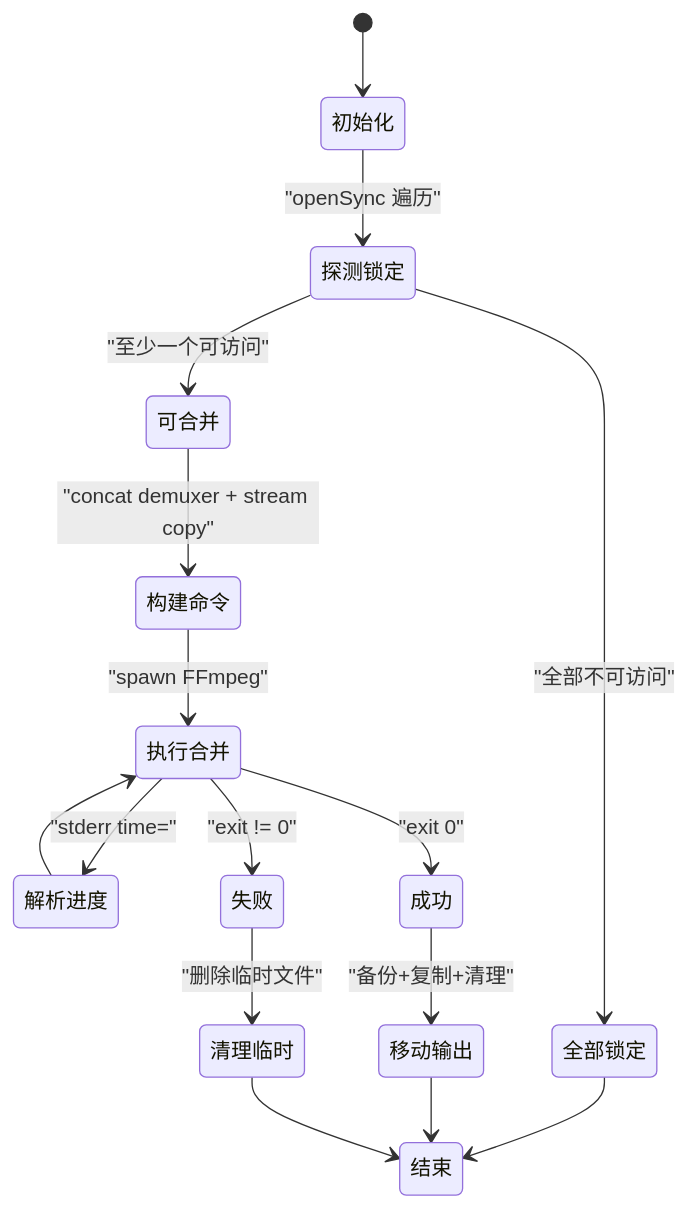
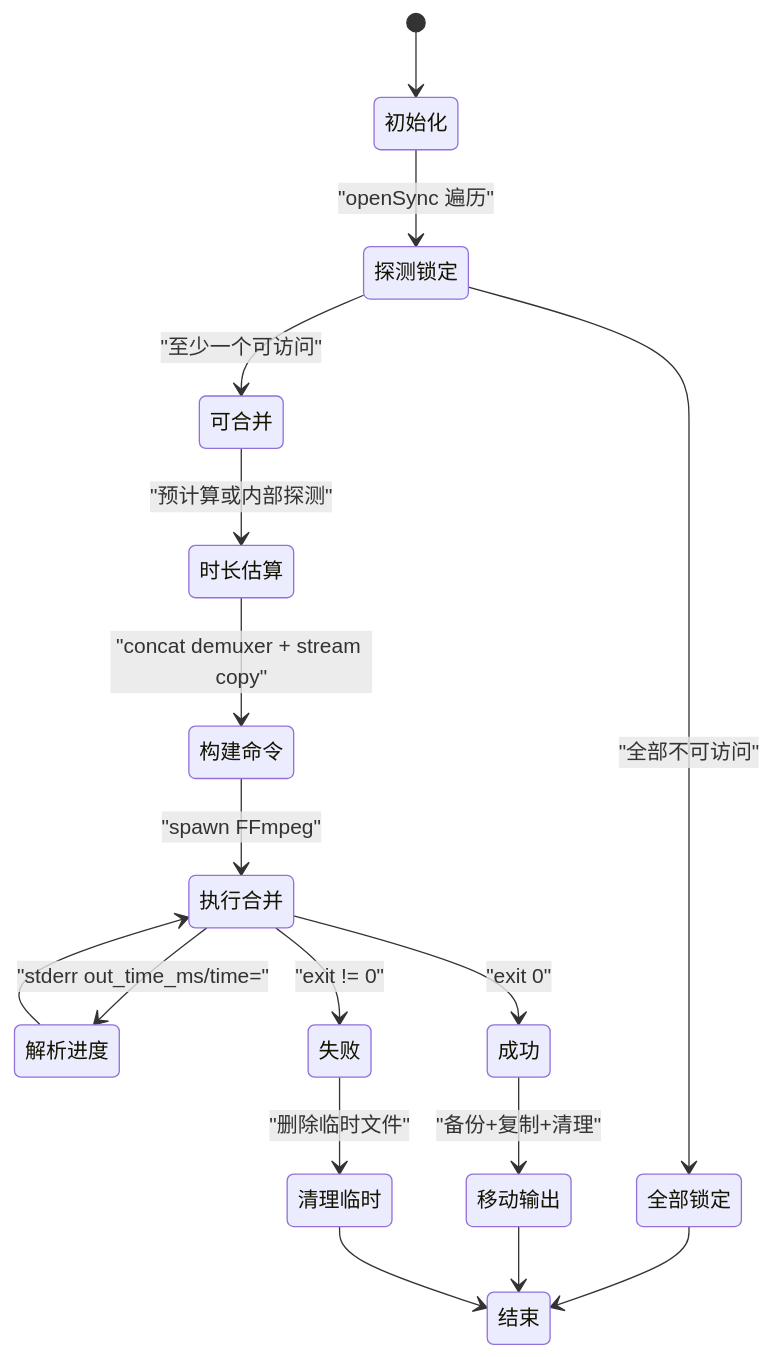
One commit to HoarfrostKimi/Video-Merger changed the sixth of 6 diagrams in .qoder/repowiki/zh/content/架构设计/FFmpeg集成架构/视频合并处理管道.md. Above: the diagram before and after it, drawn with Mermaid. The commit also changed other lines of this file and 43 other files, not shown here.

````diff
--- a/.qoder/repowiki/zh/content/架构设计/FFmpeg集成架构/视频合并处理管道.md
+++ b/.qoder/repowiki/zh/content/架构设计/FFmpeg集成架构/视频合并处理管道.md
@@ -277,18 +360,19 @@
 ```mermaid
 stateDiagram-v2
 [*] --> 初始化
 初始化 --> 探测锁定 : "openSync 遍历"
 探测锁定 --> 可合并 : "至少一个可访问"
 探测锁定 --> 全部锁定 : "全部不可访问"
 全部锁定 --> 结束
-可合并 --> 构建命令 : "concat demuxer + stream copy"
+可合并 --> 时长估算 : "预计算或内部探测"
+时长估算 --> 构建命令 : "concat demuxer + stream copy"
 构建命令 --> 执行合并 : "spawn FFmpeg"
-执行合并 --> 解析进度 : "stderr time="
+执行合并 --> 解析进度 : "stderr out_time_ms/time="
 解析进度 --> 执行合并
 执行合并 --> 成功 : "exit 0"
 执行合并 --> 失败 : "exit != 0"
 成功 --> 移动输出 : "备份+复制+清理"
 失败 --> 清理临时 : "删除临时文件"
 移动输出 --> 结束
 清理临时 --> 结束
 ```
````
